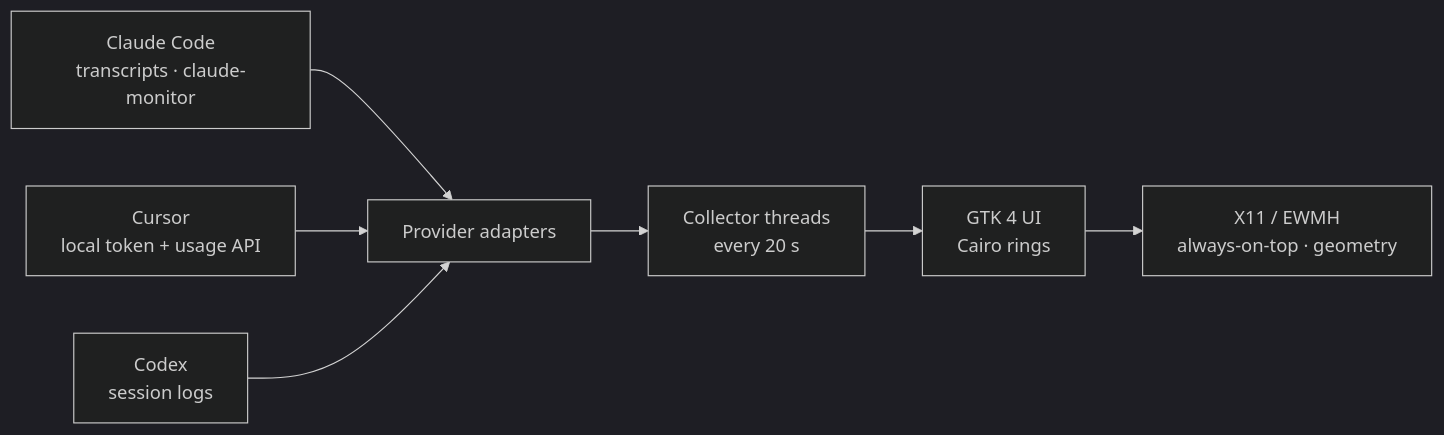
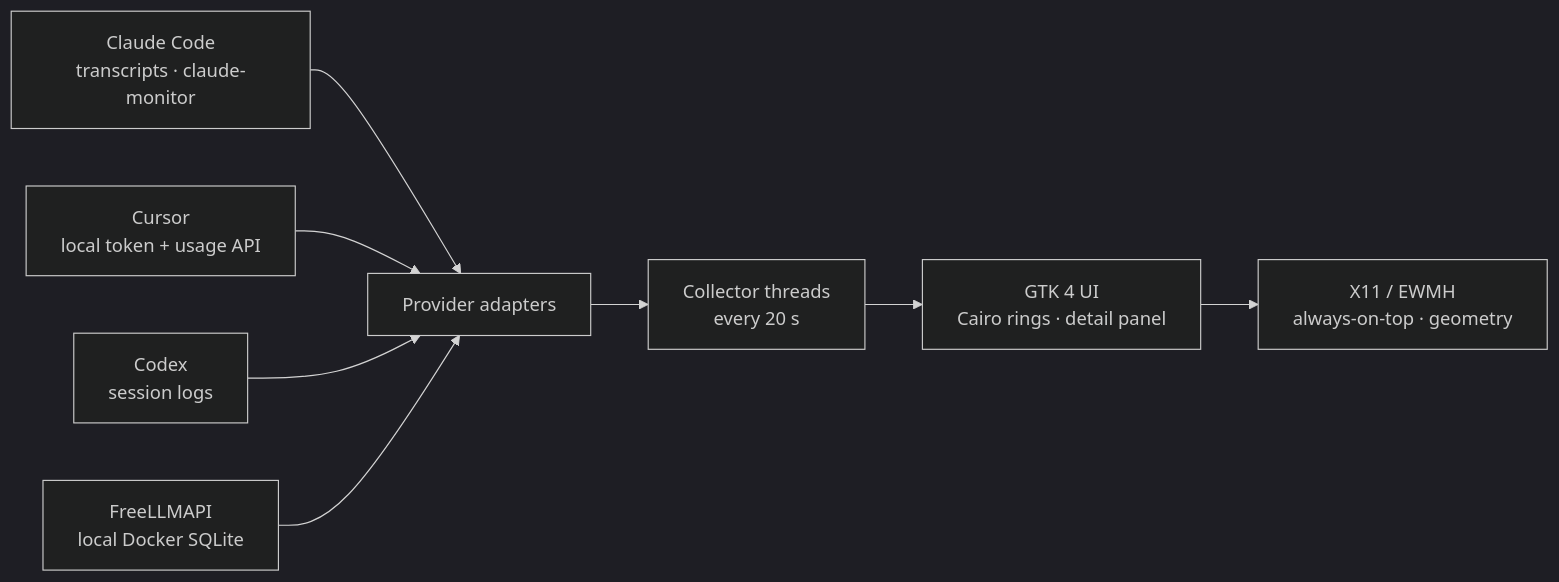
One commit to aleinconnext/tokenmonitor changed the diagram in README.md. Above: the diagram before and after it, drawn with Mermaid (dark theme). The commit also changed other lines of this file and 11 other files, not shown here.

Commit message:
feat: add FreeLLMAPI ring and unified detail panels

````diff
--- a/README.md
+++ b/README.md
@@ -122,9 +136,10 @@
 ```mermaid
 flowchart LR
-    A[Claude Code<br/>transcripts · claude-monitor] --> D[Provider adapters]
-    B[Cursor<br/>local token + usage API] --> D
-    C[Codex<br/>session logs] --> D
-    D --> E[Collector threads<br/>every 20 s]
-    E --> F[GTK 4 UI<br/>Cairo rings]
-    F --> G[X11 / EWMH<br/>always-on-top · geometry]
+    A[Claude Code<br/>transcripts · claude-monitor] --> E[Provider adapters]
+    B[Cursor<br/>local token + usage API] --> E
+    C[Codex<br/>session logs] --> E
+    D[FreeLLMAPI<br/>local Docker SQLite] --> E
+    E --> F[Collector threads<br/>every 20 s]
+    F --> G[GTK 4 UI<br/>Cairo rings · detail panel]
+    G --> H[X11 / EWMH<br/>always-on-top · geometry]
 ```
````
